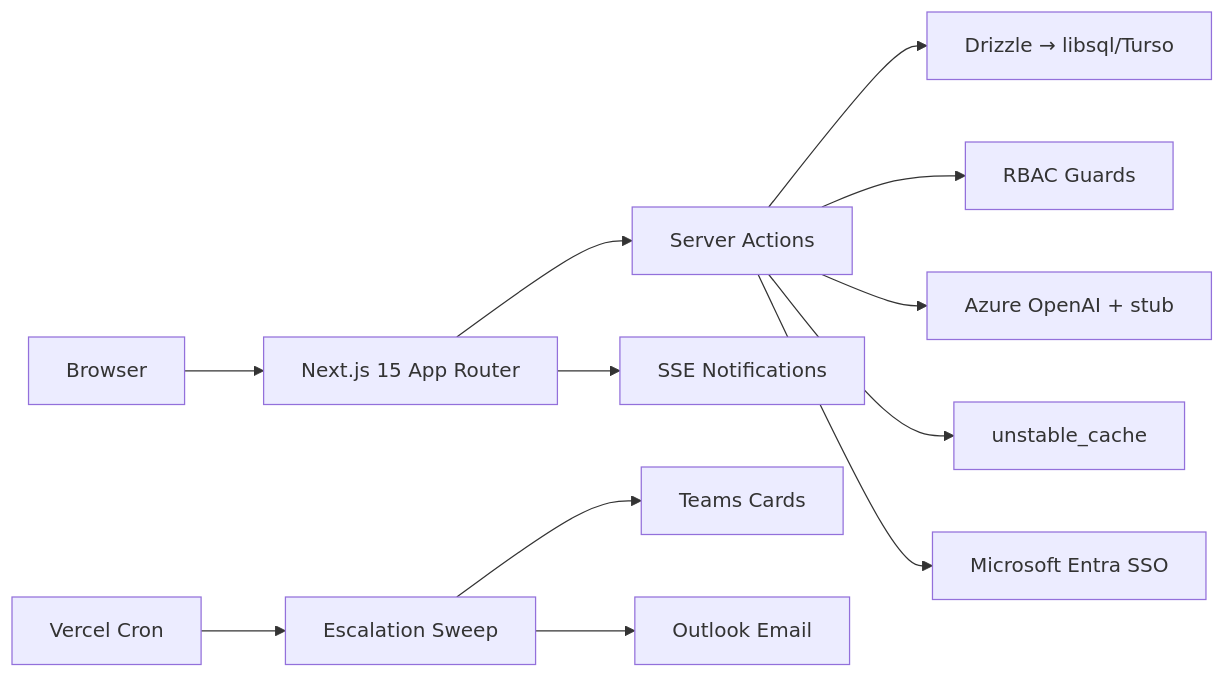
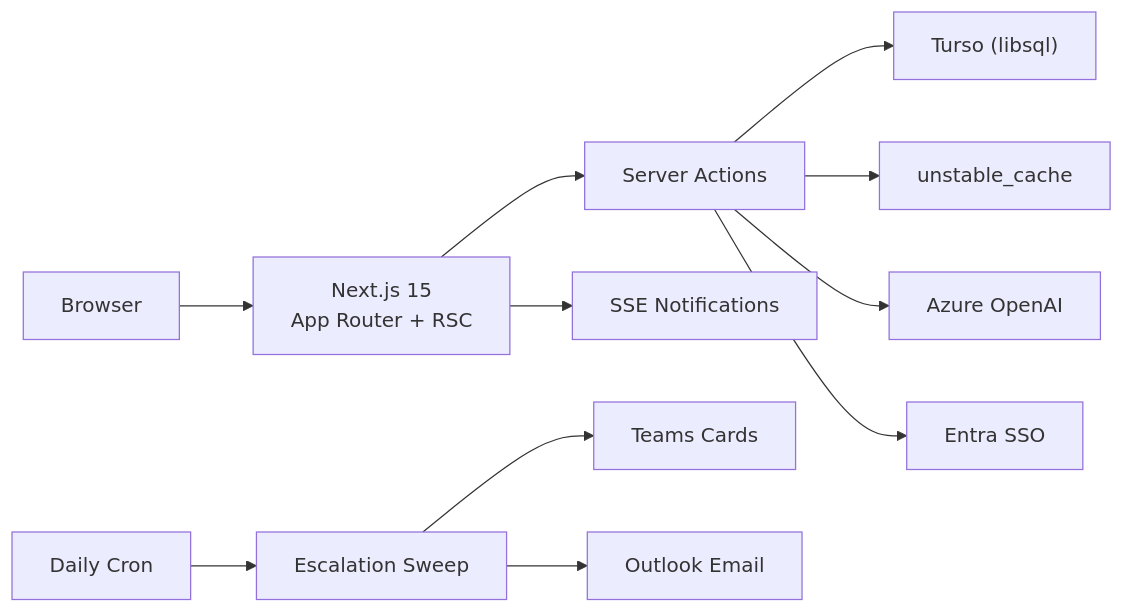
The diagram in README.md (Adit-Jain-srm/AtomicPulse), drawn with Mermaid before and after one commit. The commit also changed other lines of this file and 3 other files, not shown here.

Commit message:
docs: final submission polish — evaluation-optimized README, updated architecture diagrams, submission doc with live URL

````diff
--- a/README.md
+++ b/README.md
@@ -132,14 +62,13 @@
 ```mermaid
 flowchart LR
-  User["Browser"] --> Next["Next.js 15 App Router"]
+  User["Browser"] --> Next["Next.js 15<br/>App Router + RSC"]
   Next --> SA["Server Actions"]
-  SA --> DB["Drizzle → libsql/Turso"]
-  SA --> RBAC["RBAC Guards"]
-  SA --> AI["Azure OpenAI + stub"]
+  SA --> DB["Turso (libsql)"]
   SA --> Cache["unstable_cache"]
+  SA --> AI["Azure OpenAI"]
   Next --> SSE["SSE Notifications"]
-  Cron["Vercel Cron"] --> Esc["Escalation Sweep"]
+  Cron["Daily Cron"] --> Esc["Escalation Sweep"]
   Esc --> Teams["Teams Cards"]
   Esc --> Mail["Outlook Email"]
-  SA --> Entra["Microsoft Entra SSO"]
+  SA --> Entra["Entra SSO"]
 ```
````
